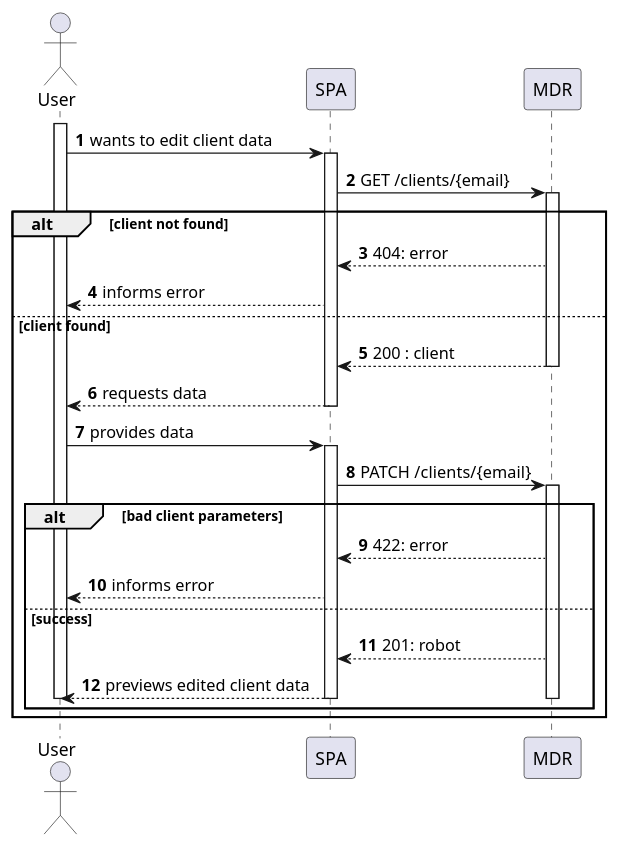
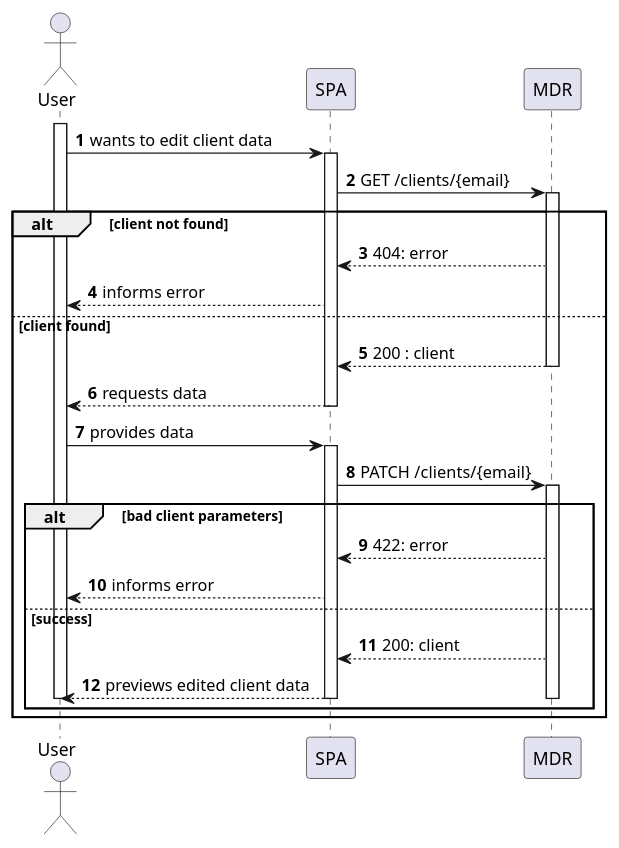
The diagram in docs/us100/level2/process-view.puml (Departamento-de-Engenharia-Informatica/lapr5-23-24-g19), drawn with PlantUML before and after one commit. The commit also changed 5 other files, not shown here.

```diff
--- a/docs/us100/level2/process-view.puml
+++ b/docs/us100/level2/process-view.puml
@@ -1,42 +1,41 @@
 @startuml
 
 autonumber
 
 actor "User" as usr
 
 participant "SPA" as ui
 
 participant "MDR" as md
 
 activate usr
 usr -> ui : wants to edit client data
     activate ui
         ui -> md : GET /clients/{email}
         activate md
 alt client not found
             md --> ui : 404: error
             ui --> usr : informs error
 else client found
             md --> ui : 200 : client
         deactivate md
         ui --> usr : requests data
     deactivate ui
 
     usr -> ui : provides data
     activate ui
     ui -> md : PATCH /clients/{email}
         activate md
 alt bad client parameters
             md --> ui : 422: error
             ui --> usr : informs error
 else success
-            md --> ui : 201: robot
+            md --> ui : 200: client
             ui --> usr : previews edited client data
         deactivate md
-
     deactivate ui
 deactivate usr
 end
 end
 
 @enduml
```
